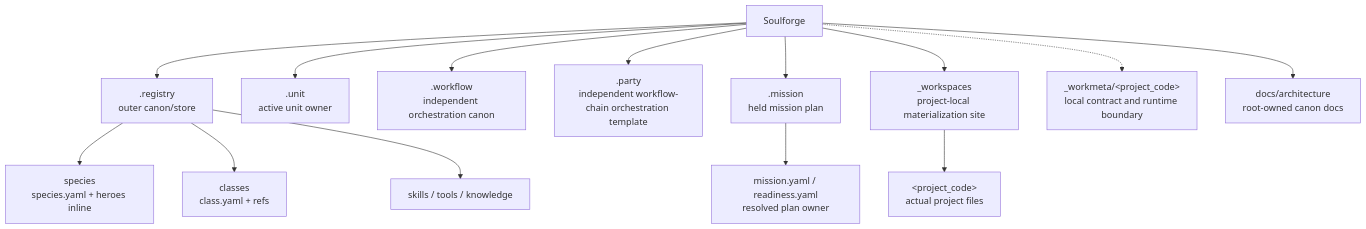
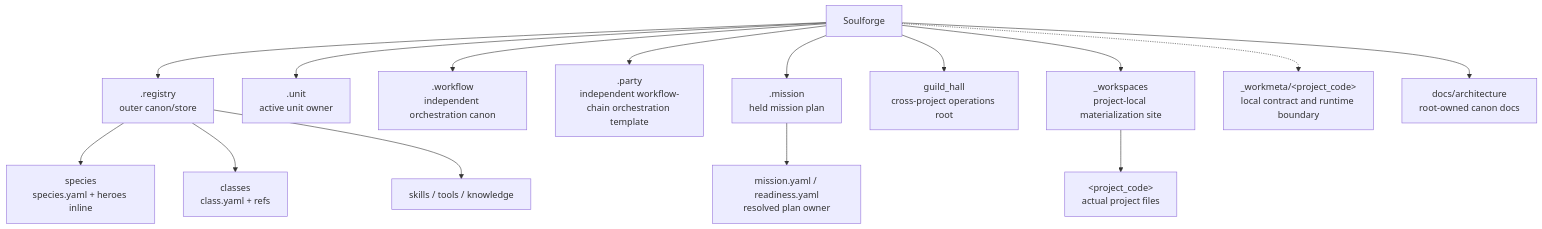
Before and after one commit to SungYongMOON/soulforge: the diagram in docs/architecture/foundation/REPOSITORY_PURPOSE.md, drawn with Mermaid. The commit also changed other lines of this file and 3 other files, not shown here.

````diff
--- a/docs/architecture/foundation/REPOSITORY_PURPOSE.md
+++ b/docs/architecture/foundation/REPOSITORY_PURPOSE.md
@@ -19,16 +20,17 @@
 ```mermaid
 flowchart TD
   S["Soulforge"] --> R[".registry<br/>outer canon/store"]
   R --> RS["species<br/>species.yaml + heroes inline"]
   R --> RC["classes<br/>class.yaml + refs"]
   R --> RR["skills / tools / knowledge"]
   S --> U[".unit<br/>active unit owner"]
   S --> W[".workflow<br/>independent orchestration canon"]
   S --> PT[".party<br/>independent workflow-chain orchestration template"]
   S --> MI[".mission<br/>held mission plan"]
+  S --> GH["guild_hall<br/>cross-project operations root"]
   S --> M["_workspaces<br/>project-local materialization site"]
   MI --> MP["mission.yaml / readiness.yaml<br/>resolved plan owner"]
   M --> PR["&lt;project_code&gt;<br/>actual project files"]
   S -.-> WM["_workmeta/&lt;project_code&gt;<br/>local contract and runtime boundary"]
   S --> D["docs/architecture<br/>root-owned canon docs"]
 ```
````
